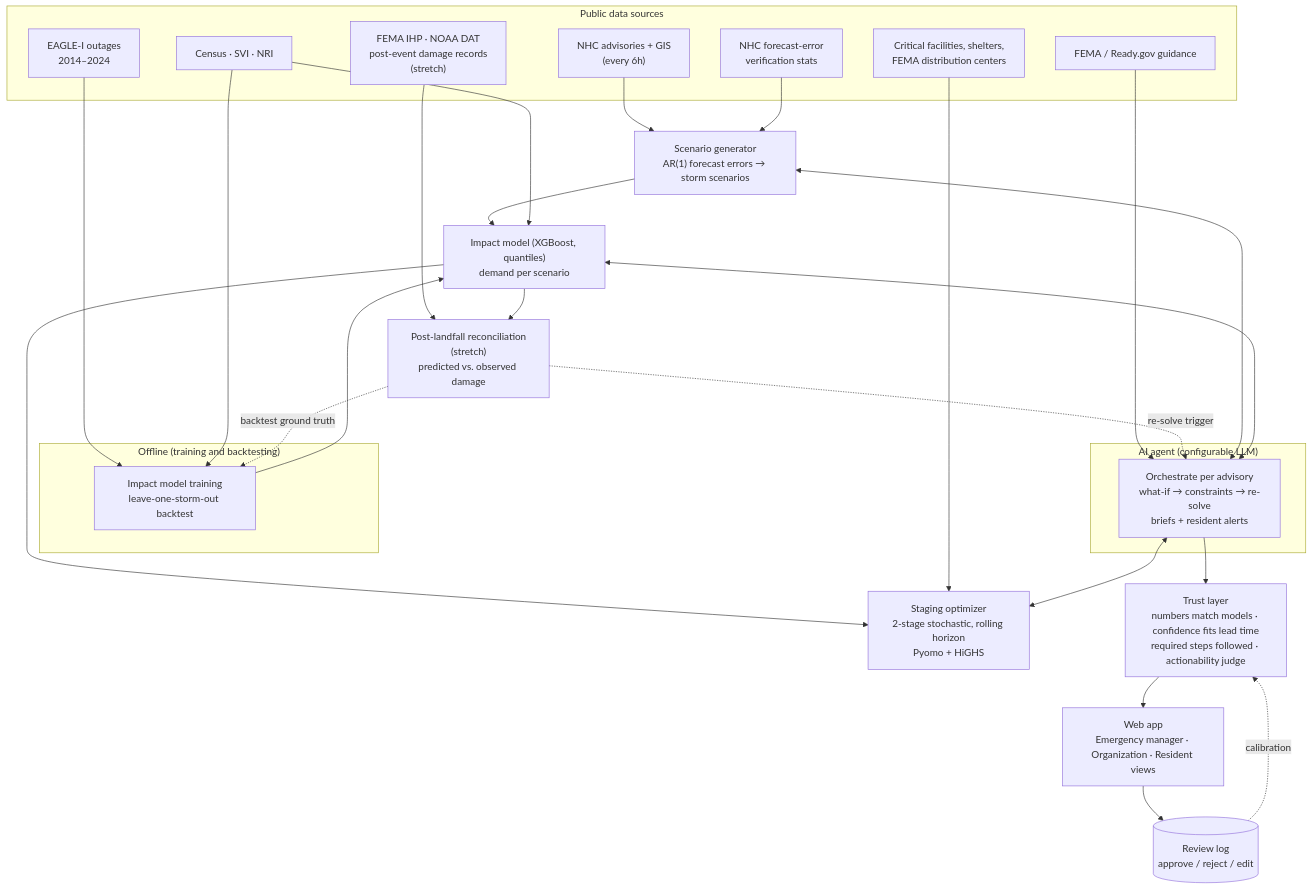
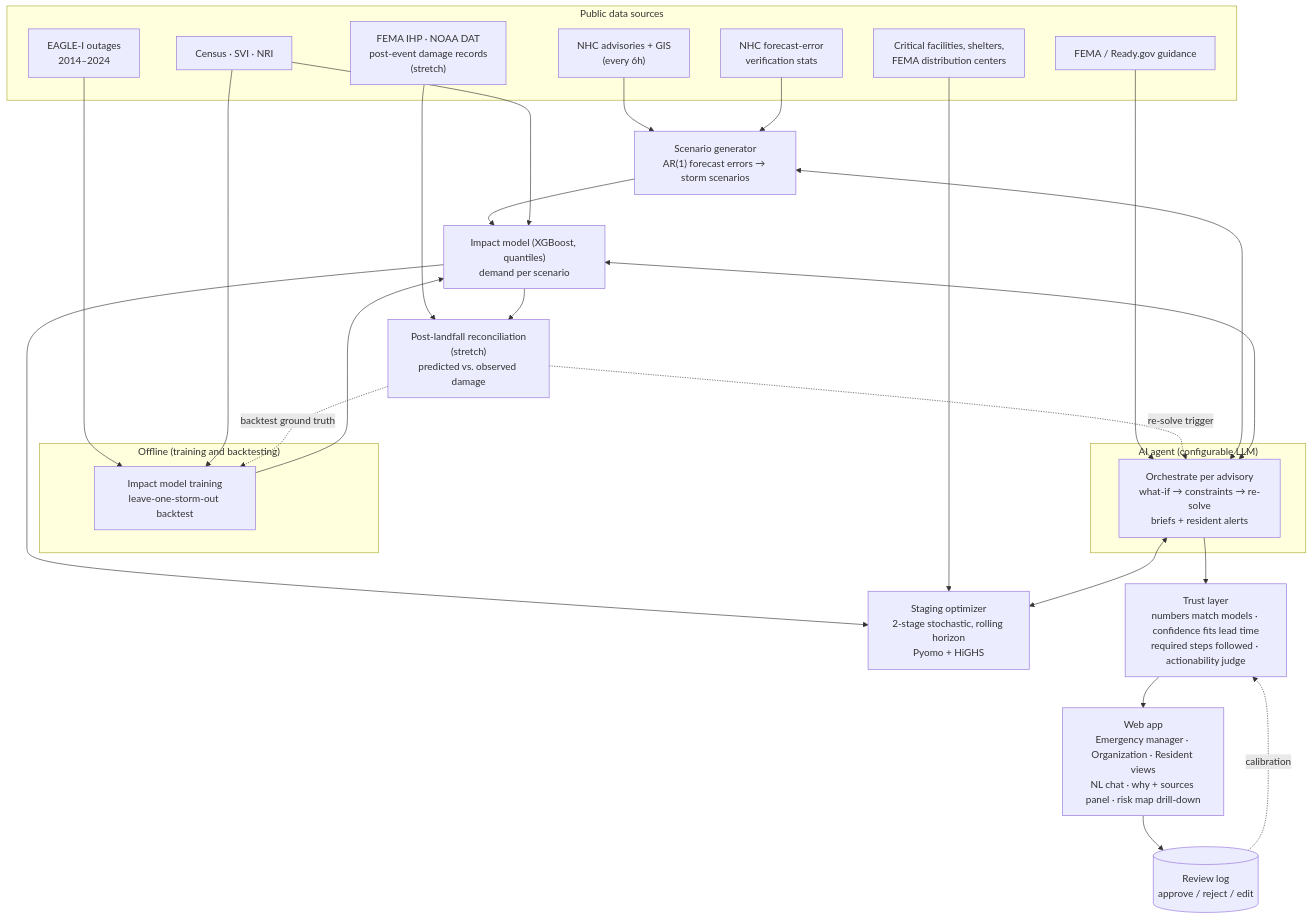
Before and after one commit to tyakovenko/storm-readiness-ai: the diagram in docs/proposal.md, drawn with Mermaid. The commit also changed other lines of this file, not shown here.

First line of the commit message:
Ensure MVP compliance; add phase-2 multi-hazard roadmap; NL interface

````diff
--- a/docs/proposal.md
+++ b/docs/proposal.md
@@ -146,51 +171,51 @@
 ```mermaid
 flowchart TD
   subgraph Sources["Public data sources"]
     NHC["NHC advisories + GIS<br/>(every 6h)"]
     FE["NHC forecast-error<br/>verification stats"]
     OUT["EAGLE-I outages<br/>2014–2024"]
     EXP["Census · SVI · NRI"]
     ASSET["Critical facilities, shelters,<br/>FEMA distribution centers"]
     GUIDE["FEMA / Ready.gov guidance"]
     DAMAGE["FEMA IHP · NOAA DAT<br/>post-event damage records<br/>(stretch)"]
   end
 
   subgraph Offline["Offline (training and backtesting)"]
     TRAIN["Impact model training<br/>leave-one-storm-out backtest"]
   end
 
   SCEN["Scenario generator<br/>AR(1) forecast errors → storm scenarios"]
   IMPACT["Impact model (XGBoost, quantiles)<br/>demand per scenario"]
   OPT["Staging optimizer<br/>2-stage stochastic, rolling horizon<br/>Pyomo + HiGHS"]
 
   subgraph Agent["AI agent (configurable LLM)"]
     LOOP["Orchestrate per advisory<br/>what-if → constraints → re-solve<br/>briefs + resident alerts"]
   end
 
   RECON["Post-landfall reconciliation<br/>(stretch)<br/>predicted vs. observed damage"]
   TRUST["Trust layer<br/>numbers match models · confidence fits lead time<br/>required steps followed · actionability judge"]
-  UI["Web app<br/>Emergency manager · Organization · Resident views"]
+  UI["Web app<br/>Emergency manager · Organization · Resident views<br/>NL chat · why + sources panel · risk map drill-down"]
   REVIEW[("Review log<br/>approve / reject / edit")]
 
   OUT --> TRAIN
   EXP --> TRAIN
   TRAIN --> IMPACT
   NHC --> SCEN
   FE --> SCEN
   SCEN --> IMPACT
   EXP --> IMPACT
   IMPACT --> OPT
   ASSET --> OPT
   LOOP <--> SCEN
   LOOP <--> IMPACT
   LOOP <--> OPT
   GUIDE --> LOOP
   LOOP --> TRUST
   TRUST --> UI
   UI --> REVIEW
   REVIEW -. calibration .-> TRUST
   DAMAGE --> RECON
   IMPACT --> RECON
   RECON -. re-solve trigger .-> LOOP
   RECON -. backtest ground truth .-> TRAIN
 ```
````
